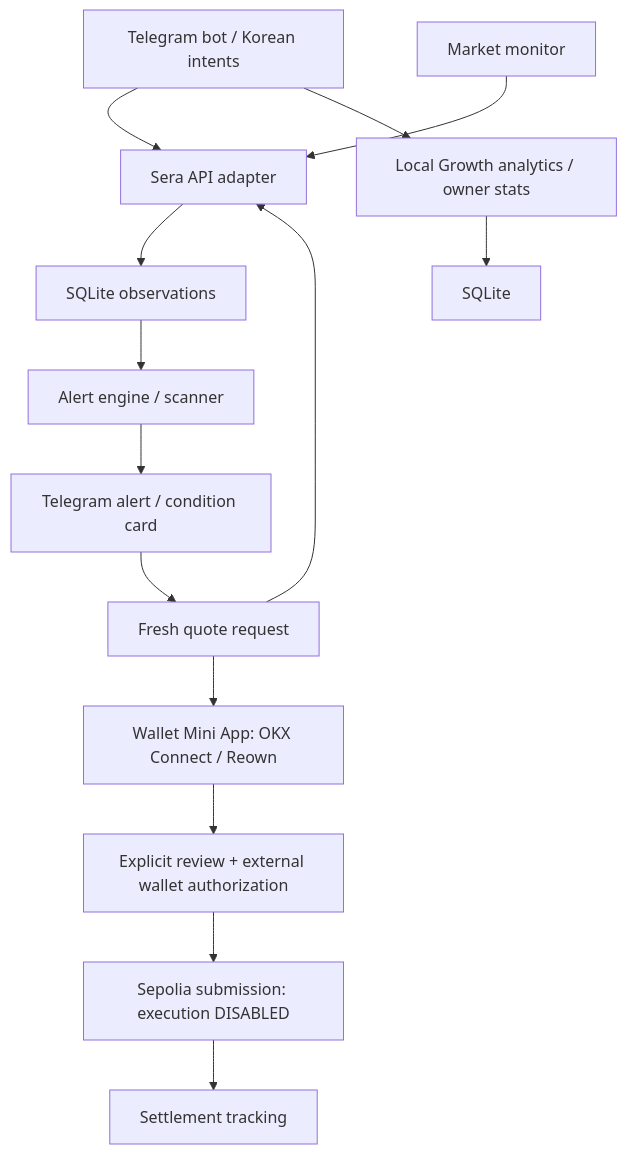
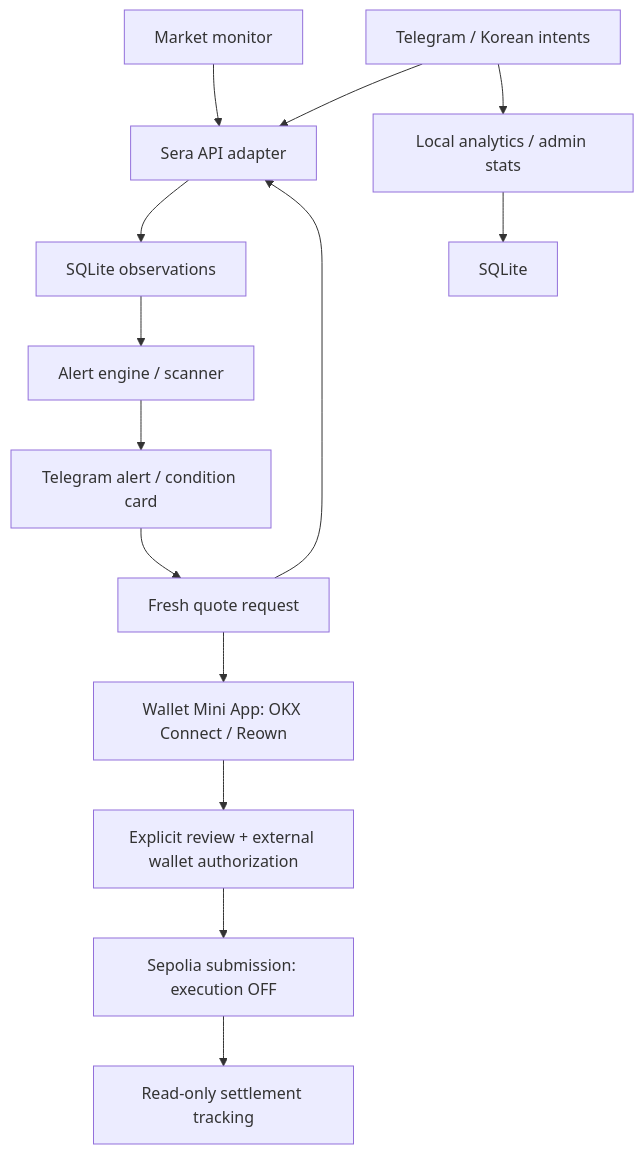
Before and after one commit to sunmool25x/fx-alert-bot: the diagram in README.md, drawn with Mermaid. The commit also changed other lines of this file and 5 other files, not shown here.

````diff
--- a/README.md
+++ b/README.md
@@ -99,16 +193,16 @@
 ```mermaid
 flowchart TD
-  Telegram[Telegram bot / Korean intents] --> Adapter[Sera API adapter]
-  Monitor[Market monitor] --> Adapter
-  Adapter --> Observations[SQLite observations]
-  Observations --> Alerts[Alert engine / scanner]
-  Alerts --> Notification[Telegram alert / condition card]
-  Notification --> Fresh[Fresh quote request]
-  Fresh --> Adapter
-  Fresh --> MiniApp[Wallet Mini App: OKX Connect / Reown]
-  MiniApp --> Consent[Explicit review + external wallet authorization]
-  Consent --> Gated[Sepolia submission: execution DISABLED]
-  Gated --> Settlement[Settlement tracking]
-  Telegram --> Analytics[Local Growth analytics / owner stats]
+  Monitor[Market monitor] --> Sera[Sera API adapter]
+  Bot[Telegram / Korean intents] --> Sera
+  Sera --> Data[SQLite observations]
+  Data --> Conditions[Alert engine / scanner]
+  Conditions --> Alert[Telegram alert / condition card]
+  Alert --> Quote[Fresh quote request]
+  Quote --> Sera
+  Quote --> Wallet[Wallet Mini App: OKX Connect / Reown]
+  Wallet --> Consent[Explicit review + external wallet authorization]
+  Consent --> Gated[Sepolia submission: execution OFF]
+  Gated --> Settlement[Read-only settlement tracking]
+  Bot --> Analytics[Local analytics / admin stats]
   Analytics --> DB[SQLite]
 ```
````
